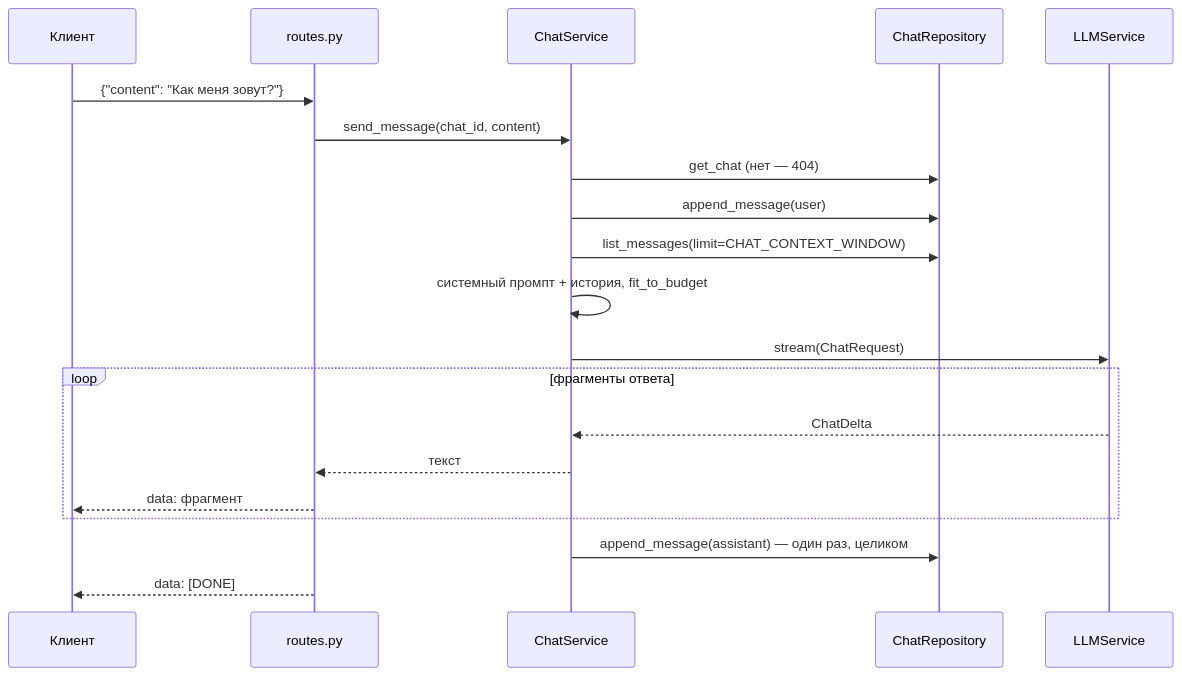
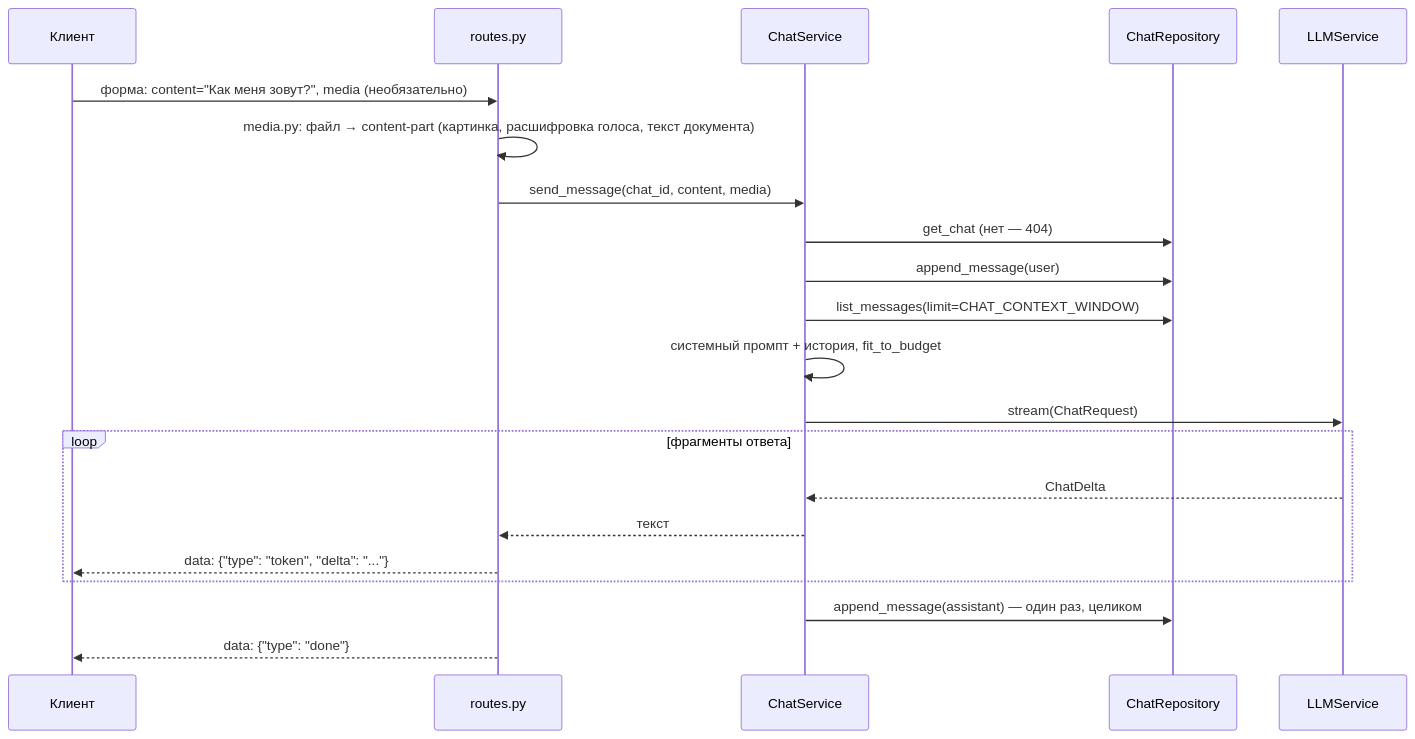
Before and after one commit to AlexBuQA/multapi: the second of 2 diagrams in docs/chat.md, drawn with Mermaid. The commit also changed other lines of this file and 64 other files, not shown here.

Commit message:
feat:блок 4.3 — медиа в чатах, черновики sendMessageDraft, /notify

````diff
--- a/docs/chat.md
+++ b/docs/chat.md
@@ -26,22 +30,23 @@
 ```mermaid
 sequenceDiagram
     participant C as Клиент
     participant R as routes.py
     participant S as ChatService
     participant H as ChatRepository
     participant L as LLMService
-    C->>R: {"content": "Как меня зовут?"}
-    R->>S: send_message(chat_id, content)
+    C->>R: форма: content="Как меня зовут?", media (необязательно)
+    R->>R: media.py: файл → content-part (картинка, расшифровка голоса, текст документа)
+    R->>S: send_message(chat_id, content, media)
     S->>H: get_chat (нет — 404)
     S->>H: append_message(user)
     S->>H: list_messages(limit=CHAT_CONTEXT_WINDOW)
     S->>S: системный промпт + история, fit_to_budget
     S->>L: stream(ChatRequest)
     loop фрагменты ответа
         L-->>S: ChatDelta
         S-->>R: текст
-        R-->>C: data: фрагмент
+        R-->>C: data: {"type": "token", "delta": "..."}
     end
     S->>H: append_message(assistant) — один раз, целиком
-    R-->>C: data: [DONE]
+    R-->>C: data: {"type": "done"}
 ```
````
